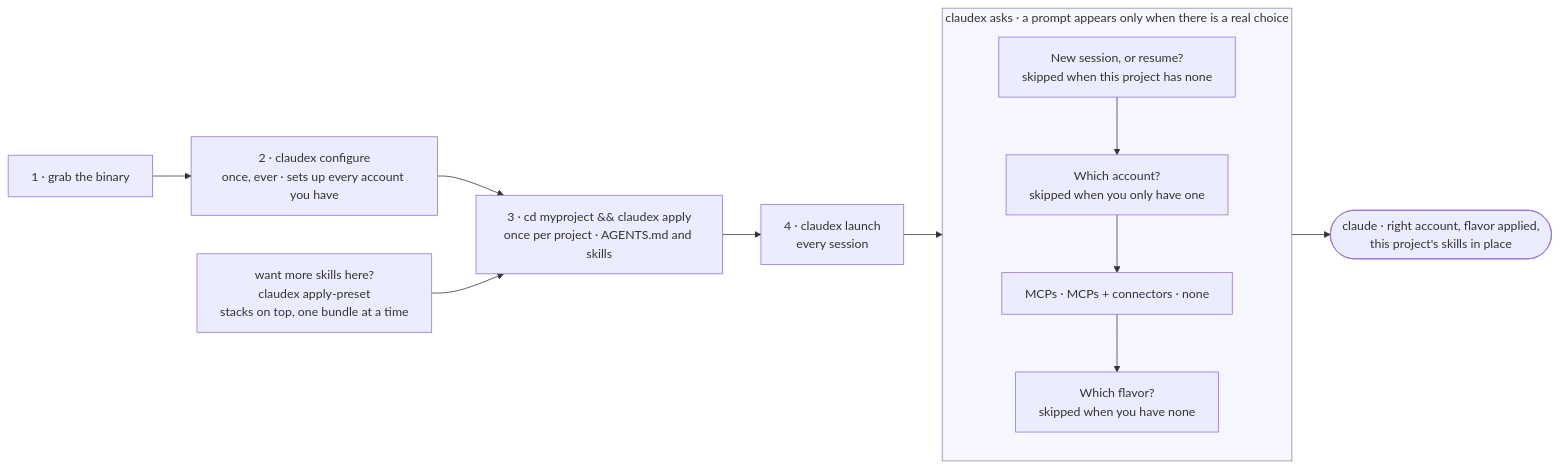
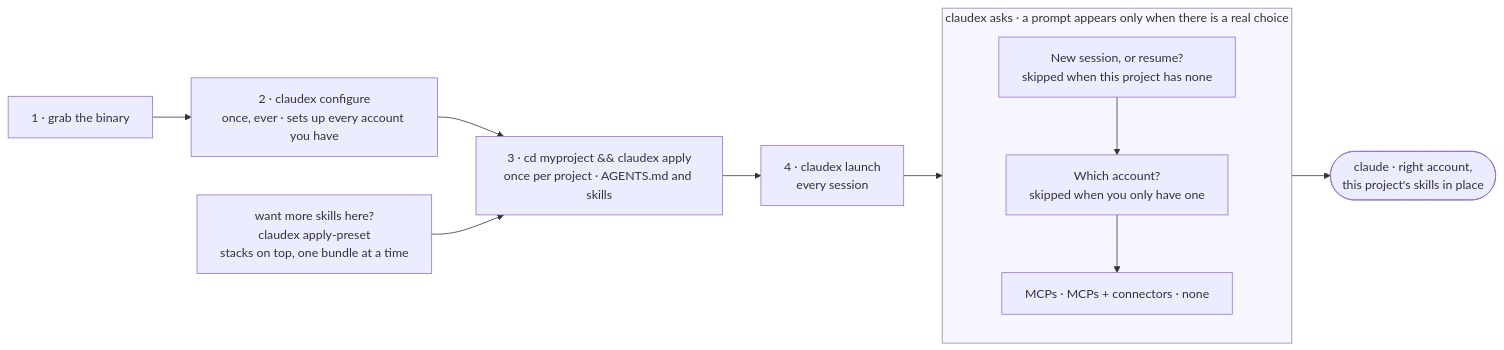
One commit to Tanq16/claudex changed the diagram in README.md. Above: the diagram before and after it, drawn with Mermaid. The commit also changed other lines of this file and 5 other files, not shown here.

````diff
--- a/README.md
+++ b/README.md
@@ -44,27 +43,26 @@
 ```mermaid
 %%{init: {'flowchart': {'wrappingWidth': 260}}}%%
 flowchart LR
     I["1 · grab the binary"]
     C["2 · claudex configure<br/>once, ever · sets up every account you have"]
     A["3 · cd myproject && claudex apply<br/>once per project · AGENTS.md and skills"]
     L["4 · claudex launch<br/>every session"]
 
     I --> C --> A --> L
 
     subgraph ASK ["claudex asks · a prompt appears only when there is a real choice"]
     direction TB
         Q1["New session, or resume?<br/>skipped when this project has none"]
         Q2["Which account?<br/>skipped when you only have one"]
         Q3["MCPs · MCPs + connectors · none"]
-        Q4["Which flavor?<br/>skipped when you have none"]
-        Q1 --> Q2 --> Q3 --> Q4
+        Q1 --> Q2 --> Q3
     end
 
     L --> Q1
-    Q4 --> OUT(["claude · right account, flavor applied,<br/>this project's skills in place"])
+    Q3 --> OUT(["claude · right account,<br/>this project's skills in place"])
 
     P["want more skills here?<br/>claudex apply-preset<br/>stacks on top, one bundle at a time"]
     P --> A
 
     style ASK fill:#f6f6ff,stroke:#88a
 ```
````
